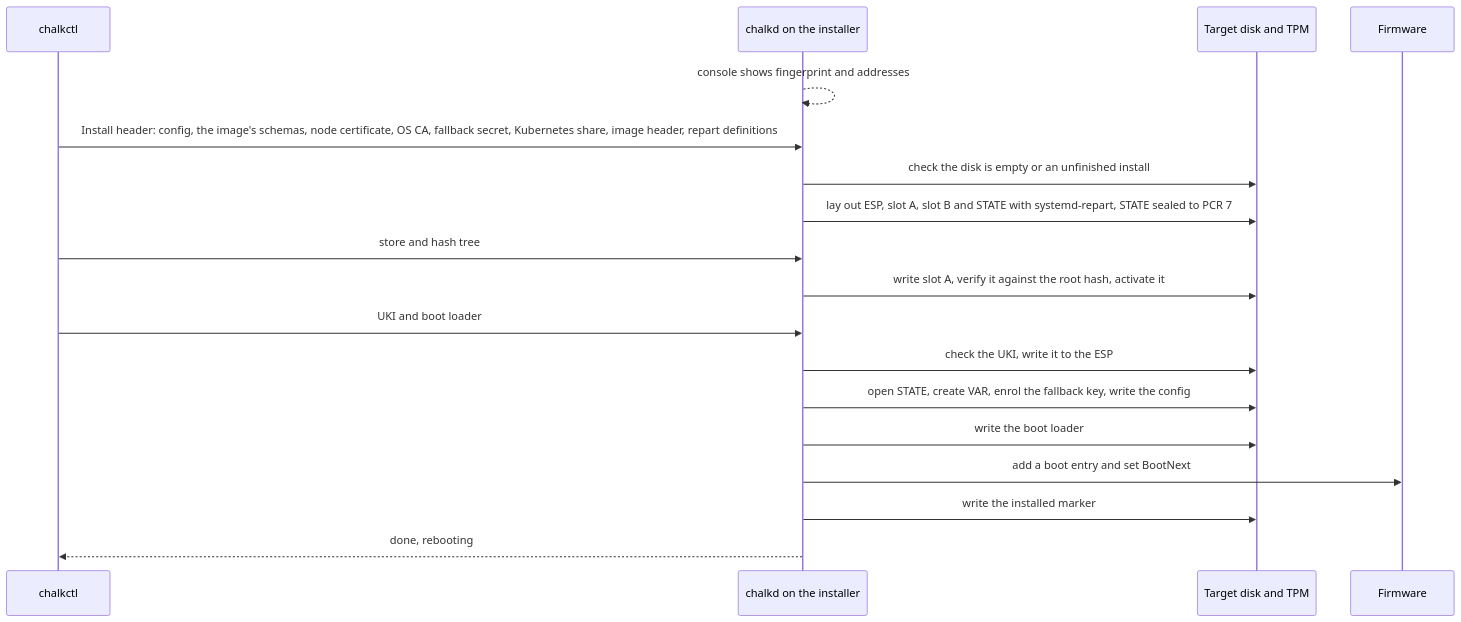
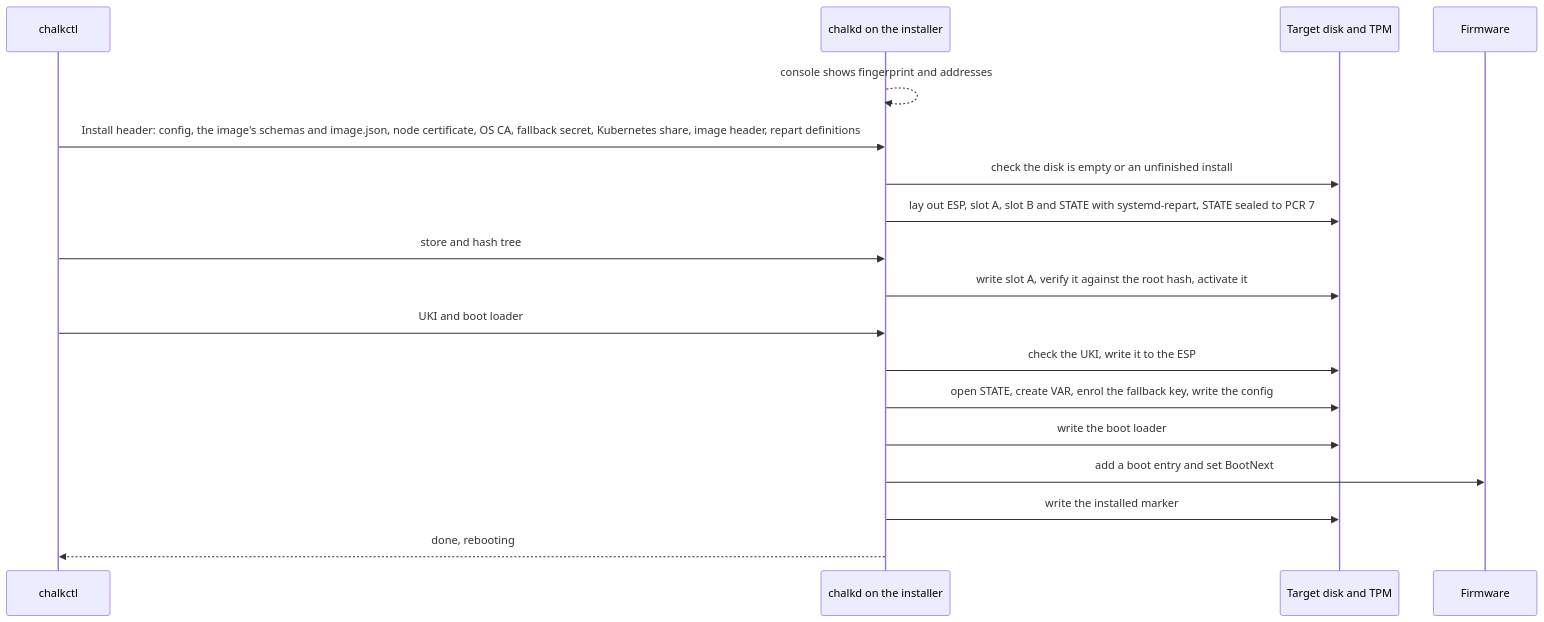
Before and after one commit to trevex/chalkos: the second of 2 diagrams in docs/concepts/architecture.md, drawn with Mermaid. The commit also changed other lines of this file and 28 other files, not shown here.

````diff
--- a/docs/concepts/architecture.md
+++ b/docs/concepts/architecture.md
@@ -216,20 +217,20 @@
 ```mermaid
 sequenceDiagram
     participant chalkctl
     participant chalkd as chalkd on the installer
     participant disk as Target disk and TPM
     participant fw as Firmware
     chalkd-->>chalkd: console shows fingerprint and addresses
-    chalkctl->>chalkd: Install header: config, the image's schemas, node certificate, OS CA, fallback secret, Kubernetes share, image header, repart definitions
+    chalkctl->>chalkd: Install header: config, the image's schemas and image.json, node certificate, OS CA, fallback secret, Kubernetes share, image header, repart definitions
     chalkd->>disk: check the disk is empty or an unfinished install
     chalkd->>disk: lay out ESP, slot A, slot B and STATE with systemd-repart, STATE sealed to PCR 7
     chalkctl->>chalkd: store and hash tree
     chalkd->>disk: write slot A, verify it against the root hash, activate it
     chalkctl->>chalkd: UKI and boot loader
     chalkd->>disk: check the UKI, write it to the ESP
     chalkd->>disk: open STATE, create VAR, enrol the fallback key, write the config
     chalkd->>disk: write the boot loader
     chalkd->>fw: add a boot entry and set BootNext
     chalkd->>disk: write the installed marker
     chalkd-->>chalkctl: done, rebooting
 ```
````
